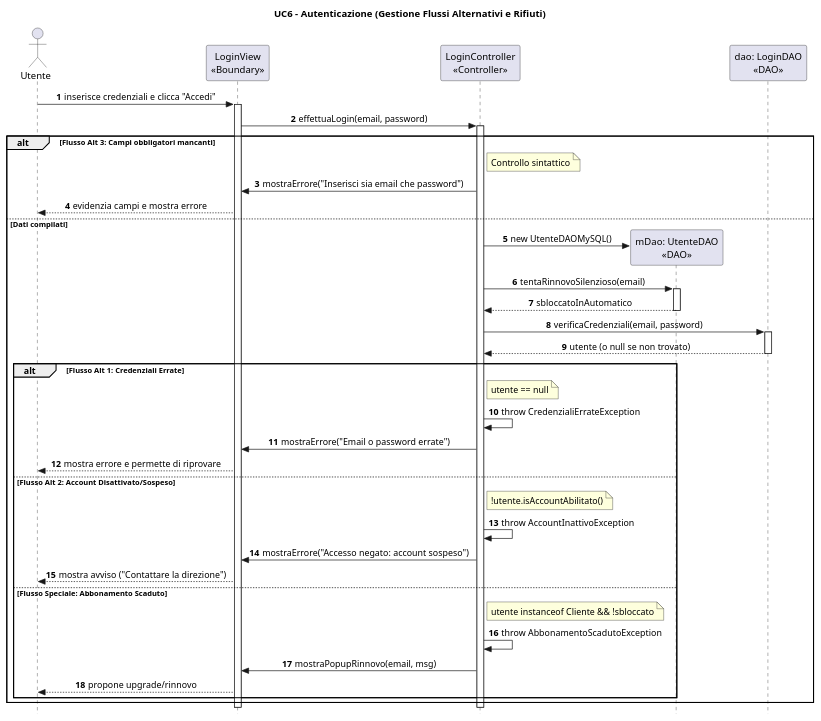
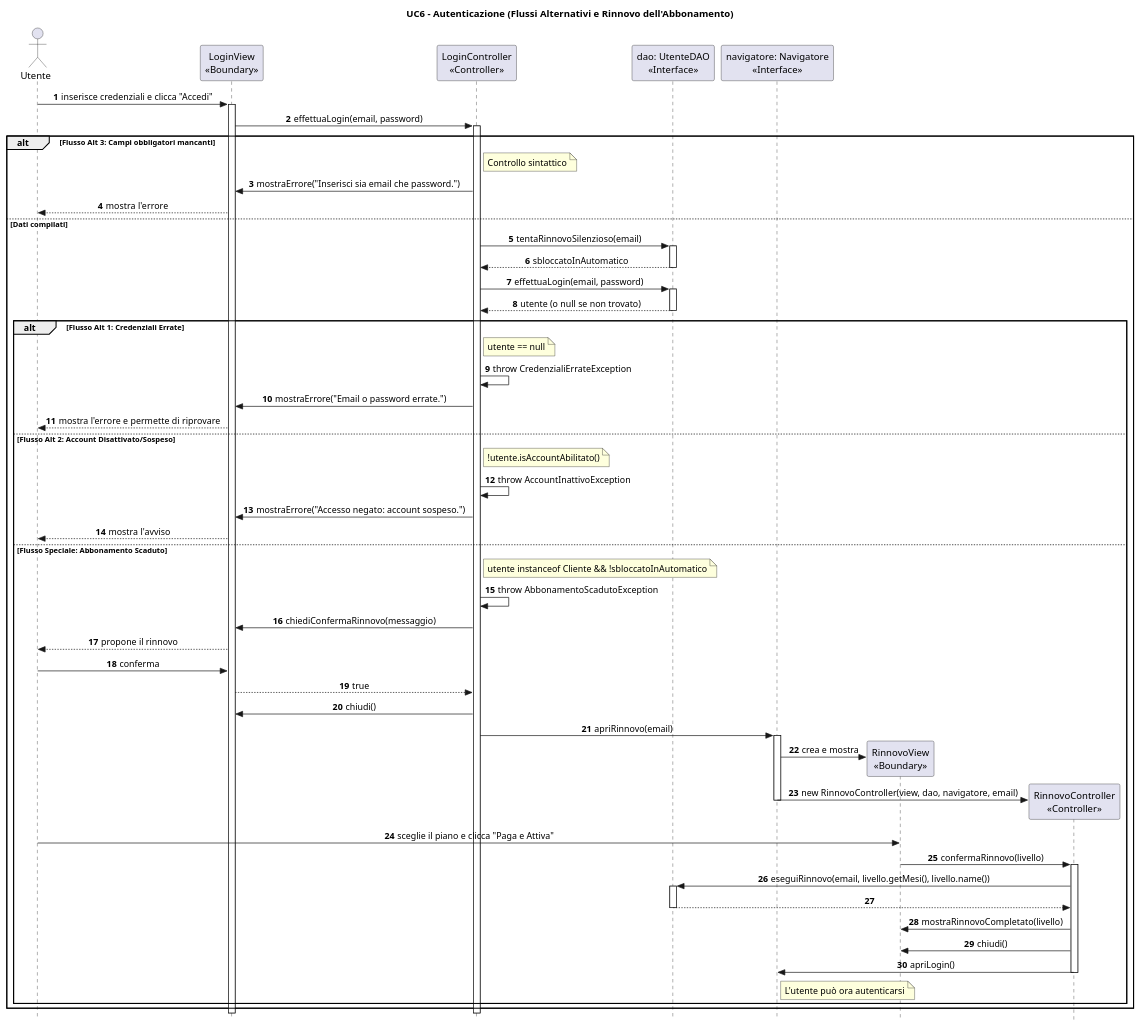
Before and after one commit to svilu999/Progetto-ScriptActive: the second of 2 diagrams in ScriptActive/Documenti/08. Diagrammi di Sequenza/DSequenzaUC6.puml, drawn with PlantUML. The commit also changed other lines of this file and 33 other files, not shown here.

First line of the commit message:
Allinea i diagrammi UML al codice attuale

```diff
--- a/ScriptActive/Documenti/08. Diagrammi di Sequenza/DSequenzaUC6.puml
+++ b/ScriptActive/Documenti/08. Diagrammi di Sequenza/DSequenzaUC6.puml
@@ -63,63 +92,83 @@
-@startuml
+@startuml DSequenzaUC6Alt
 skinparam style strictuml
 skinparam sequenceMessageAlign center
 
-title UC6 - Autenticazione (Gestione Flussi Alternativi e Rifiuti)
+title UC6 - Autenticazione (Flussi Alternativi e Rinnovo dell'Abbonamento)
 
 actor "Utente" as U
 participant "LoginView\n<<Boundary>>" as V
 participant "LoginController\n<<Controller>>" as Ctrl
-participant "mDao: UtenteDAO\n<<DAO>>" as MDAO
-participant "dao: LoginDAO\n<<DAO>>" as DAO
+participant "dao: UtenteDAO\n<<Interface>>" as DAO
+participant "navigatore: Navigatore\n<<Interface>>" as Nav
+participant "RinnovoView\n<<Boundary>>" as RV
+participant "RinnovoController\n<<Controller>>" as RC
 
 autonumber
 
 U -> V: inserisce credenziali e clicca "Accedi"
 activate V
 
 V -> Ctrl: effettuaLogin(email, password)
 activate Ctrl
 
 alt Flusso Alt 3: Campi obbligatori mancanti
     note right of Ctrl: Controllo sintattico
-    Ctrl -> V: mostraErrore("Inserisci sia email che password")
-    V --> U: evidenzia campi e mostra errore
-    
+    Ctrl -> V: mostraErrore("Inserisci sia email che password.")
+    V --> U: mostra l'errore
+
 else Dati compilati
-    Ctrl -> MDAO **: new UtenteDAOMySQL()
-    Ctrl -> MDAO: tentaRinnovoSilenzioso(email)
-    activate MDAO
-    MDAO --> Ctrl: sbloccatoInAutomatico
-    deactivate MDAO
+    Ctrl -> DAO: tentaRinnovoSilenzioso(email)
+    activate DAO
+    DAO --> Ctrl: sbloccatoInAutomatico
+    deactivate DAO
 
-    Ctrl -> DAO: verificaCredenziali(email, password)
+    Ctrl -> DAO: effettuaLogin(email, password)
     activate DAO
     DAO --> Ctrl: utente (o null se non trovato)
     deactivate DAO
 
     alt Flusso Alt 1: Credenziali Errate
         note right of Ctrl: utente == null
         Ctrl -> Ctrl: throw CredenzialiErrateException
-        Ctrl -> V: mostraErrore("Email o password errate")
-        V --> U: mostra errore e permette di riprovare
-        
+        Ctrl -> V: mostraErrore("Email o password errate.")
+        V --> U: mostra l'errore e permette di riprovare
+
     else Flusso Alt 2: Account Disattivato/Sospeso
         note right of Ctrl: !utente.isAccountAbilitato()
         Ctrl -> Ctrl: throw AccountInattivoException
-        Ctrl -> V: mostraErrore("Accesso negato: account sospeso")
-        V --> U: mostra avviso ("Contattare la direzione")
-        
+        Ctrl -> V: mostraErrore("Accesso negato: account sospeso.")
+        V --> U: mostra l'avviso
+
     else Flusso Speciale: Abbonamento Scaduto
-        note right of Ctrl: utente instanceof Cliente && !sbloccato
+        note right of Ctrl: utente instanceof Cliente && !sbloccatoInAutomatico
         Ctrl -> Ctrl: throw AbbonamentoScadutoException
-        Ctrl -> V: mostraPopupRinnovo(email, msg)
-        V --> U: propone upgrade/rinnovo
-        
-    
+        Ctrl -> V: chiediConfermaRinnovo(messaggio)
+        V --> U: propone il rinnovo
+        U -> V: conferma
+        V --> Ctrl: true
+        Ctrl -> V: chiudi()
+        Ctrl -> Nav: apriRinnovo(email)
+        activate Nav
+        Nav -> RV **: crea e mostra
+        Nav -> RC **: new RinnovoController(view, dao, navigatore, email)
+        deactivate Nav
+
+        U -> RV: sceglie il piano e clicca "Paga e Attiva"
+        RV -> RC: confermaRinnovo(livello)
+        activate RC
+        RC -> DAO: eseguiRinnovo(email, livello.getMesi(), livello.name())
+        activate DAO
+        DAO --> RC
+        deactivate DAO
+        RC -> RV: mostraRinnovoCompletato(livello)
+        RC -> RV: chiudi()
+        RC -> Nav: apriLogin()
+        deactivate RC
+        note right of Nav: L'utente può ora autenticarsi
     end
 end
 
 deactivate Ctrl
 deactivate V
 
 @enduml
```
